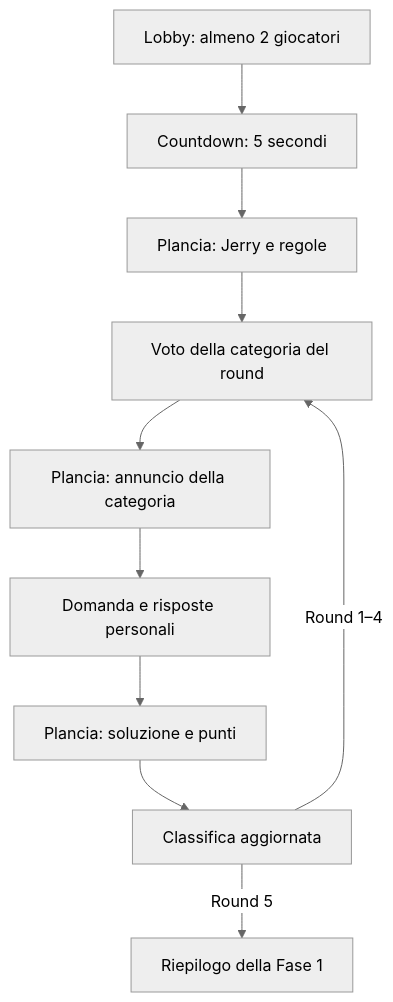
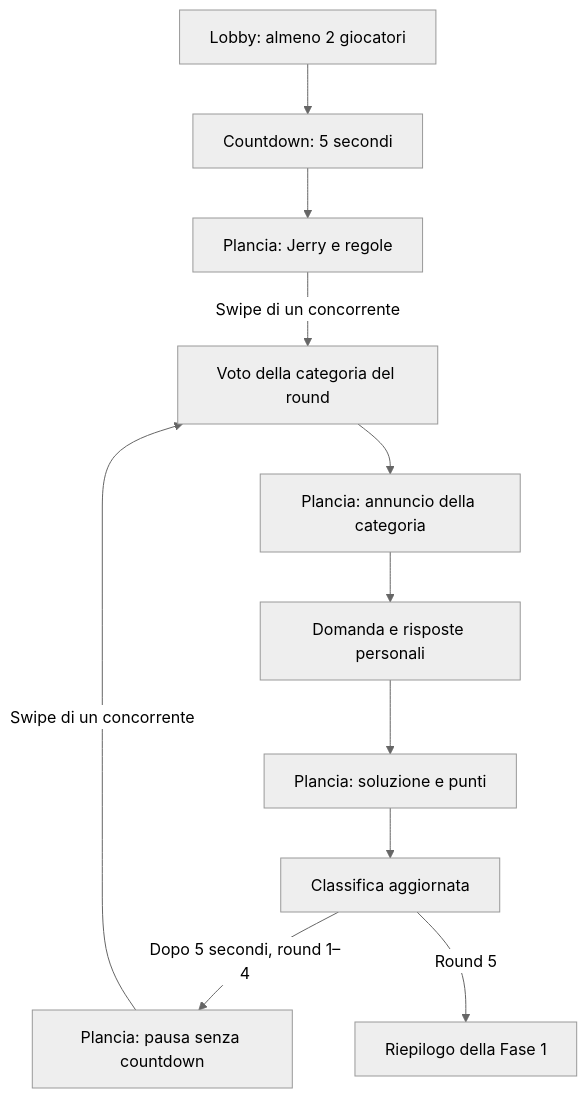
The diagram in docs/plans/02-fase-1-trivia.md (LucaCarr0/KnowBetter), drawn with Mermaid (neutral theme) before and after one commit. The commit also changed other lines of this file and 143 other files, not shown here.

````diff
--- a/docs/plans/02-fase-1-trivia.md
+++ b/docs/plans/02-fase-1-trivia.md
@@ -71,12 +74,13 @@
 ```mermaid
 flowchart TD
   L[Lobby: almeno 2 giocatori] --> C[Countdown: 5 secondi]
   C --> I[Plancia: Jerry e regole]
-  I --> V[Voto della categoria del round]
+  I -->|Swipe di un concorrente| V[Voto della categoria del round]
   V --> A[Plancia: annuncio della categoria]
   A --> D[Domanda e risposte personali]
   D --> E[Plancia: soluzione e punti]
   E --> R[Classifica aggiornata]
-  R -->|Round 1–4| V
+  R -->|Dopo 5 secondi, round 1–4| P[Plancia: pausa senza countdown]
+  P -->|Swipe di un concorrente| V
   R -->|Round 5| F[Riepilogo della Fase 1]
 ```
````
